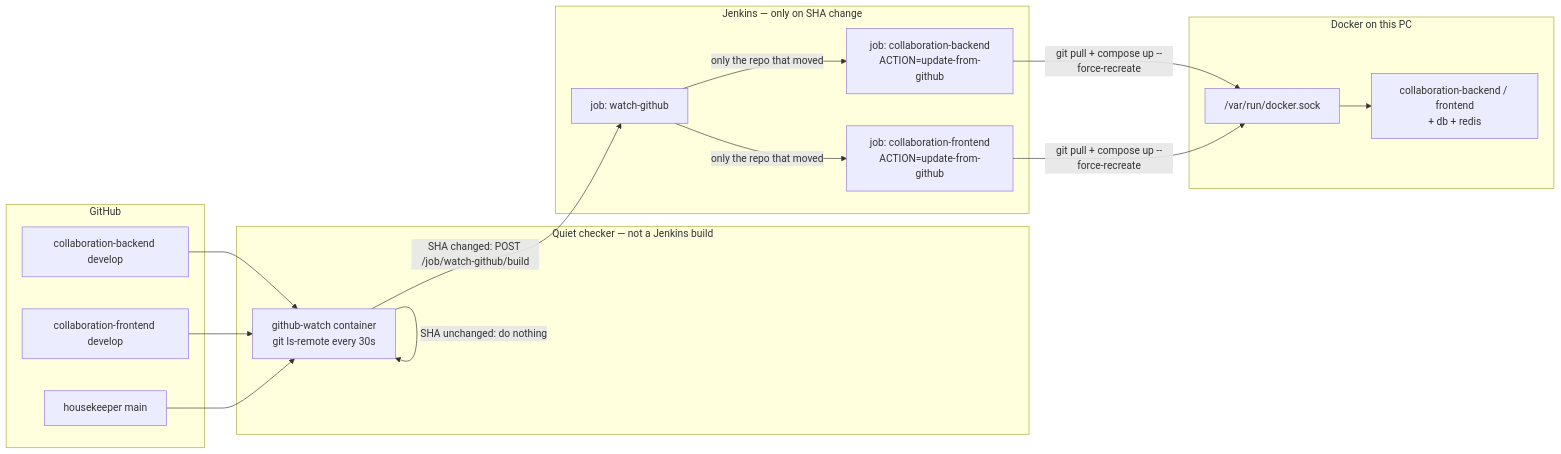
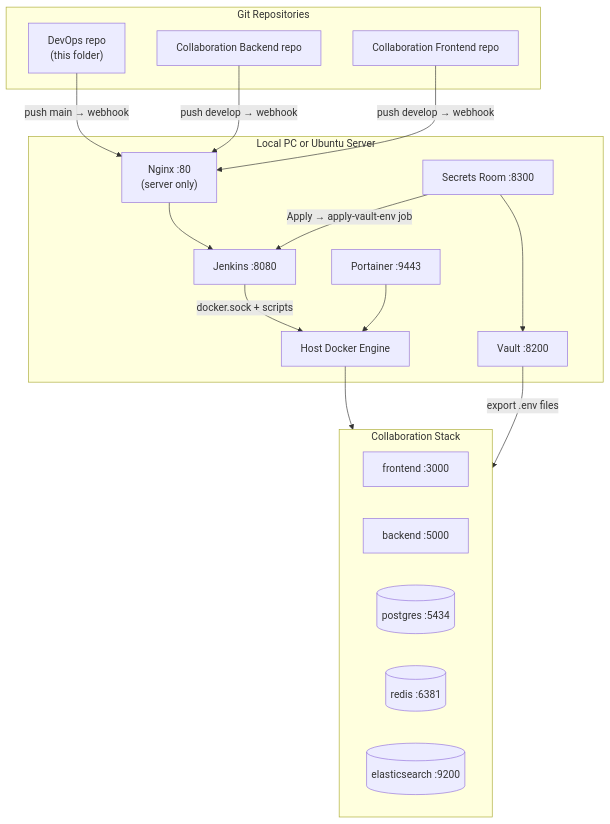
The first of 6 diagrams in README.md (mikias1219/DevOps), drawn with Mermaid before and after one commit. The commit also changed other lines of this file and 6 other files, not shown here.

Commit message:
Remove outdated documentation files and update .gitignore to exclude README.txt from Jenkins secrets. This cleanup enhances repository organization and ensures sensitive information remains protected.

````diff
--- a/README.md
+++ b/README.md
@@ -39,34 +83,36 @@
 ```mermaid
-flowchart LR
-  subgraph github [GitHub]
-    BE["collaboration-backend develop"]
-    FE["collaboration-frontend develop"]
-    HK["housekeeper main"]
+flowchart TB
+  subgraph repos [Git Repositories]
+    DevOps["DevOps repo<br/>(this folder)"]
+    BE["Collaboration Backend repo"]
+    FE["Collaboration Frontend repo"]
   end
 
-  subgraph watch [Quiet checker — not a Jenkins build]
-    GW["github-watch container<br/>git ls-remote every 30s"]
+  subgraph local [Local PC or Ubuntu Server]
+    NGINX["Nginx :80<br/>(server only)"]
+    JENKINS["Jenkins :8080"]
+    VAULT["Vault :8200"]
+    ROOM["Secrets Room :8300"]
+    PORTAINER["Portainer :9443"]
+    DOCKER["Host Docker Engine"]
   end
 
-  subgraph jenkinsBox [Jenkins — only on SHA change]
-    WJ["job: watch-github"]
-    CB["job: collaboration-backend<br/>ACTION=update-from-github"]
-    CF["job: collaboration-frontend<br/>ACTION=update-from-github"]
+  subgraph collab [Collaboration Stack]
+    FE_C["frontend :3000"]
+    BE_C["backend :5000"]
+    DB[("postgres :5434")]
+    REDIS[("redis :6381")]
+    ES[("elasticsearch :9200")]
   end
 
-  subgraph dockerHost [Docker on this PC]
-    SOCK["/var/run/docker.sock"]
-    APP["collaboration-backend / frontend<br/>+ db + redis"]
-  end
-
-  BE --> GW
-  FE --> GW
-  HK --> GW
-  GW -->|"SHA unchanged: do nothing"| GW
-  GW -->|"SHA changed: POST /job/watch-github/build"| WJ
-  WJ -->|"only the repo that moved"| CB
-  WJ -->|"only the repo that moved"| CF
-  CB -->|"git pull + compose up --force-recreate"| SOCK
-  CF -->|"git pull + compose up --force-recreate"| SOCK
-  SOCK --> APP
+  DevOps -->|"push main → webhook"| NGINX
+  BE -->|"push develop → webhook"| NGINX
+  FE -->|"push develop → webhook"| NGINX
+  NGINX --> JENKINS
+  JENKINS -->|"docker.sock + scripts"| DOCKER
+  DOCKER --> collab
+  ROOM --> VAULT
+  ROOM -->|"Apply → apply-vault-env job"| JENKINS
+  VAULT -->|"export .env files"| collab
+  PORTAINER --> DOCKER
 ```
````
